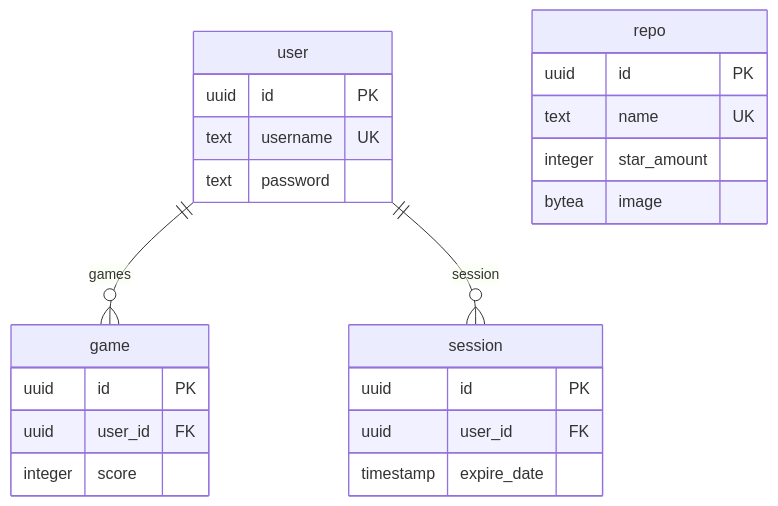
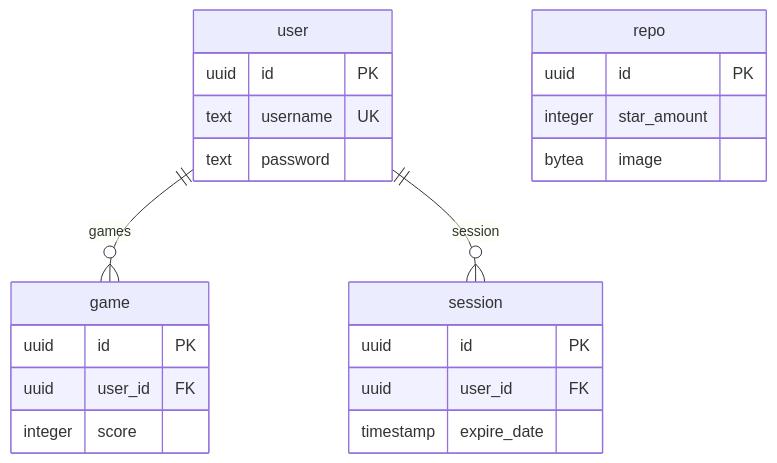
One commit to mwojtyna/hol-github changed the diagram in backend/docs/db_diagram.md. Above: the diagram before and after it, drawn with Mermaid. The commit also changed 6 other files, not shown here.

````diff
--- a/backend/docs/db_diagram.md
+++ b/backend/docs/db_diagram.md
@@ -8,30 +8,29 @@
 ```mermaid
 erDiagram
     user {
         uuid id PK
         text username UK
         text password
     }
 
     session {
         uuid id PK
         uuid user_id FK
         timestamp expire_date
     }
 
     repo {
         uuid id PK
-        text name UK
         integer star_amount
         bytea image
     }
 
     game {
         uuid id PK
         uuid user_id FK
         integer score
     }
 
     user 1--0+ game: "games"
     user 1--0+ session: "session"
 ```
````
